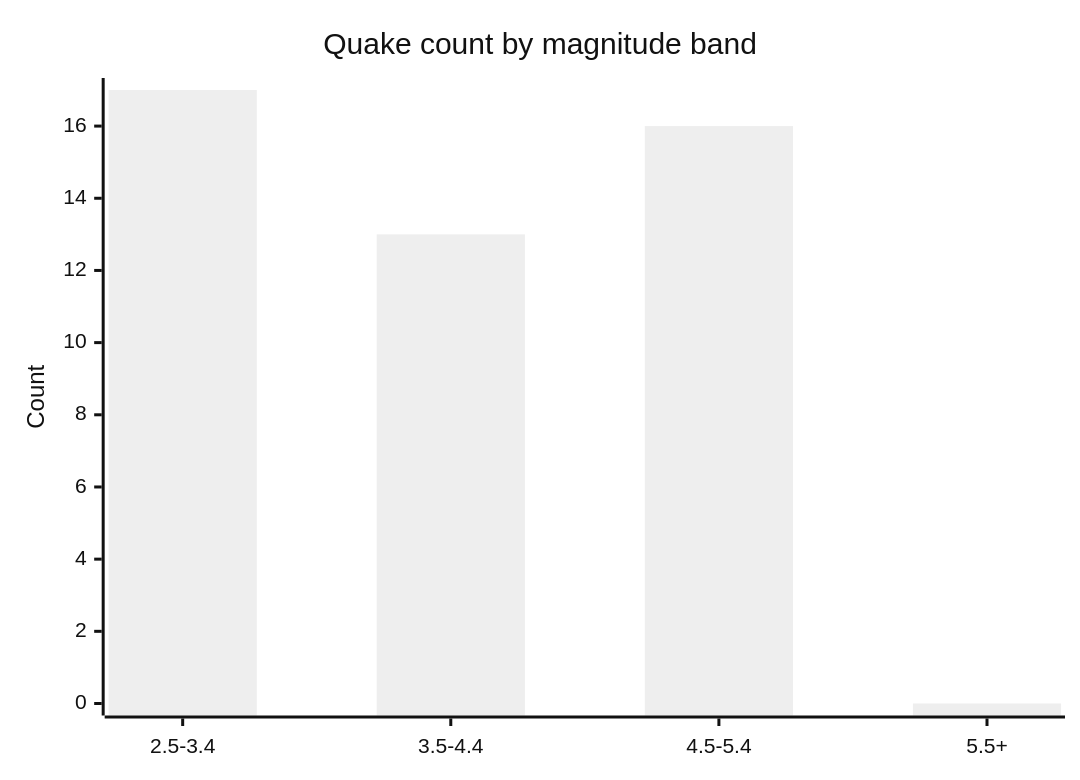
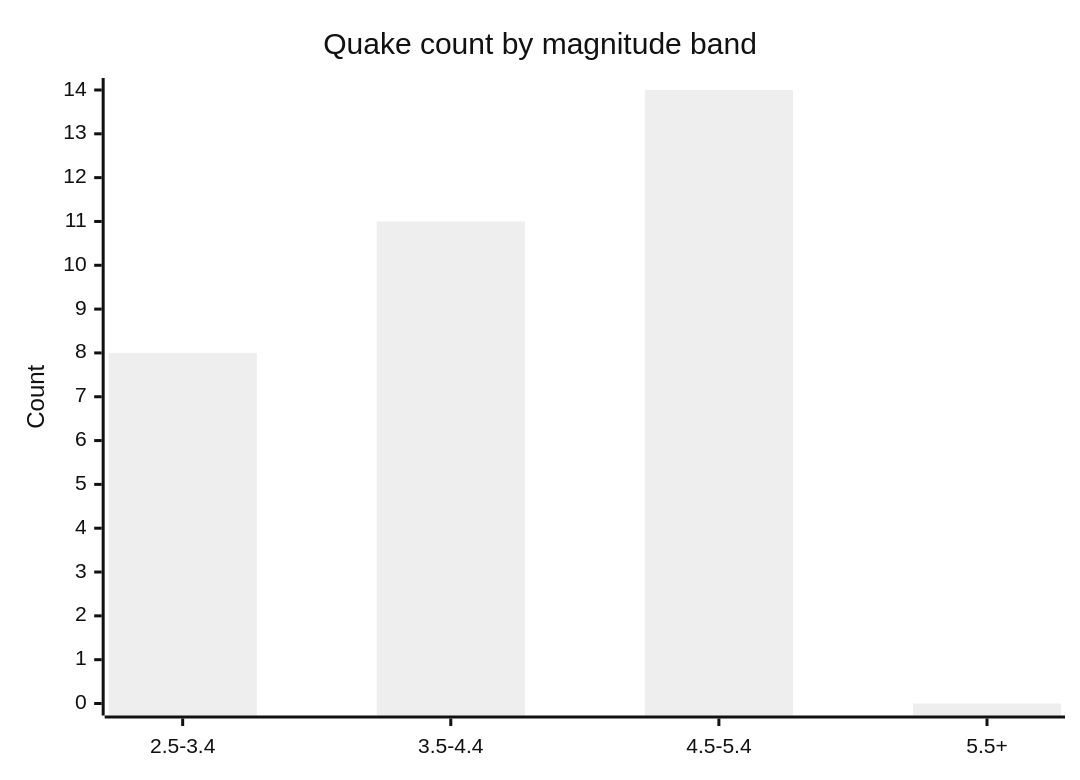
Before and after one commit to Midwest-Stratospheric/aerostratospheric-defense-gir: the fifth of 6 diagrams in docs/GRAPHS.md, drawn with Mermaid (neutral theme). The commit also changed other lines of this file and 22 other files, not shown here.

````diff
--- a/docs/GRAPHS.md
+++ b/docs/GRAPHS.md
@@ -82,7 +82,7 @@
 ```mermaid
 xychart-beta
   title "Quake count by magnitude band"
   x-axis ["2.5-3.4", "3.5-4.4", "4.5-5.4", "5.5+"]
-  y-axis "Count" 0 --> 17
-  bar [17, 13, 16, 0]
+  y-axis "Count" 0 --> 14
+  bar [8, 11, 14, 0]
 ```
````
